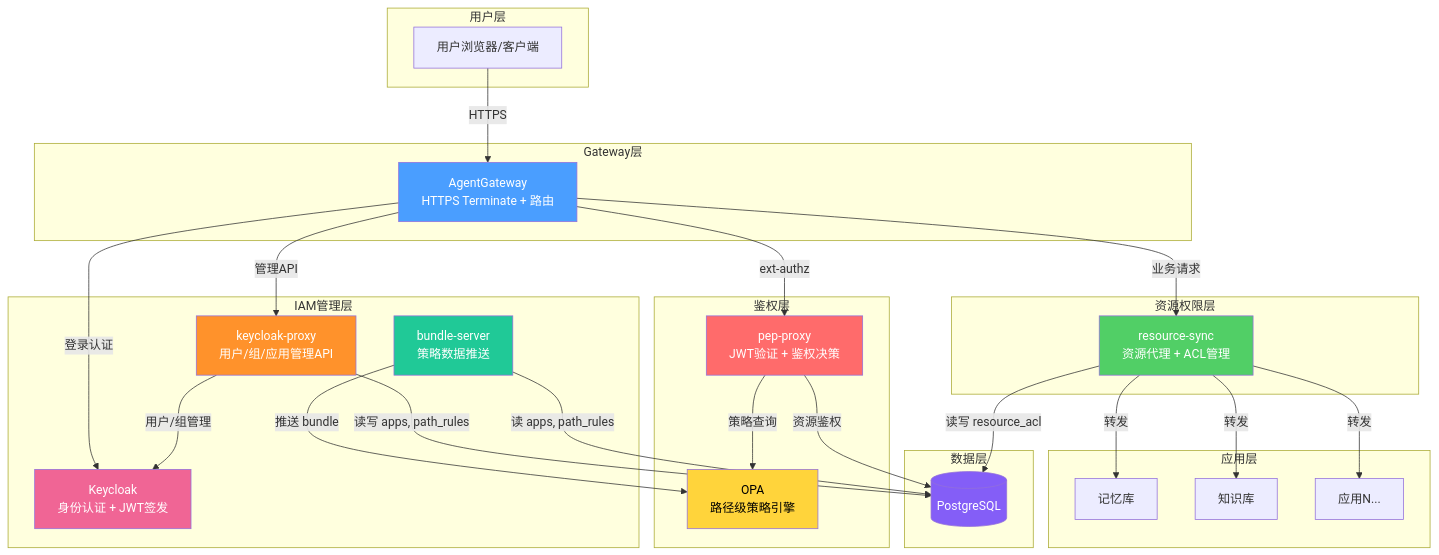
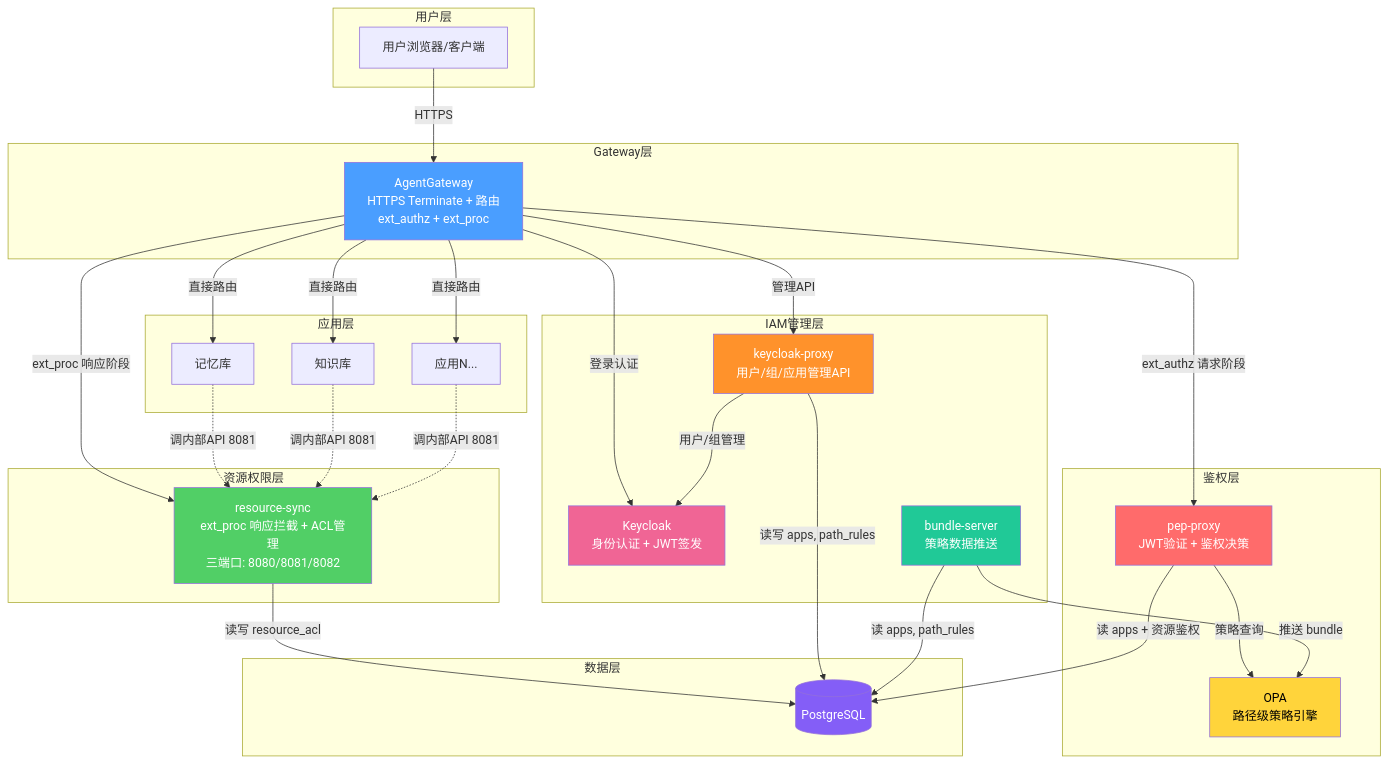
Before and after one commit to xiewanchao/aidp-iam: the first of 10 diagrams in diagrams/component-responsibility.md, drawn with Mermaid. The commit also changed other lines of this file and 5 other files, not shown here.

````diff
--- a/diagrams/component-responsibility.md
+++ b/diagrams/component-responsibility.md
@@ -9,60 +11,63 @@
 ```mermaid
 flowchart TB
     subgraph 用户层
         USER[用户浏览器/客户端]
     end
 
     subgraph Gateway层
-        GW[AgentGateway<br/>HTTPS Terminate + 路由]
+        GW[AgentGateway<br/>HTTPS Terminate + 路由<br/>ext_authz + ext_proc]
     end
 
     subgraph 鉴权层
         PEP[pep-proxy<br/>JWT验证 + 鉴权决策]
         OPA[OPA<br/>路径级策略引擎]
     end
 
     subgraph 资源权限层
-        RS[resource-sync<br/>资源代理 + ACL管理]
+        RS[resource-sync<br/>ext_proc 响应拦截 + ACL管理<br/>三端口: 8080/8081/8082]
     end
 
     subgraph IAM管理层
         KP[keycloak-proxy<br/>用户/组/应用管理API]
         KC[Keycloak<br/>身份认证 + JWT签发]
         BS[bundle-server<br/>策略数据推送]
     end
 
     subgraph 应用层
         APP1[记忆库]
         APP2[知识库]
         APP3[应用N...]
     end
 
     subgraph 数据层
         PG[(PostgreSQL)]
     end
 
     USER -->|HTTPS| GW
-    GW -->|ext-authz| PEP
+    GW -->|ext_authz 请求阶段| PEP
+    GW -->|ext_proc 响应阶段| RS
     PEP -->|策略查询| OPA
-    PEP -->|资源鉴权| PG
-    GW -->|业务请求| RS
+    PEP -->|读 apps + 资源鉴权| PG
+    GW -->|直接路由| APP1
+    GW -->|直接路由| APP2
+    GW -->|直接路由| APP3
     GW -->|管理API| KP
     GW -->|登录认证| KC
-    RS -->|转发| APP1
-    RS -->|转发| APP2
-    RS -->|转发| APP3
     RS -->|读写 resource_acl| PG
     KP -->|用户/组管理| KC
     KP -->|读写 apps, path_rules| PG
     BS -->|读 apps, path_rules| PG
     BS -->|推送 bundle| OPA
+    APP1 -.->|调内部API 8081| RS
+    APP2 -.->|调内部API 8081| RS
+    APP3 -.->|调内部API 8081| RS
 
     style GW fill:#4a9eff,color:#fff
     style PEP fill:#ff6b6b,color:#fff
     style OPA fill:#ffd43b,color:#000
     style RS fill:#51cf66,color:#fff
     style KP fill:#ff922b,color:#fff
     style KC fill:#f06595,color:#fff
     style BS fill:#20c997,color:#fff
     style PG fill:#845ef7,color:#fff
 ```
````
